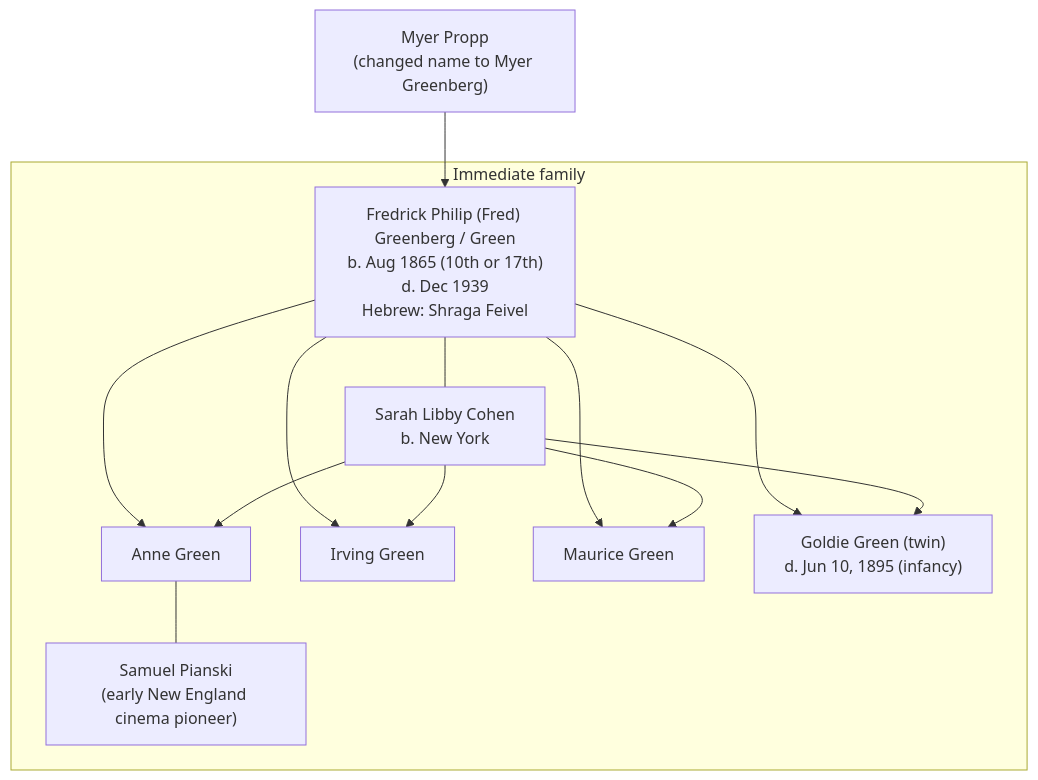
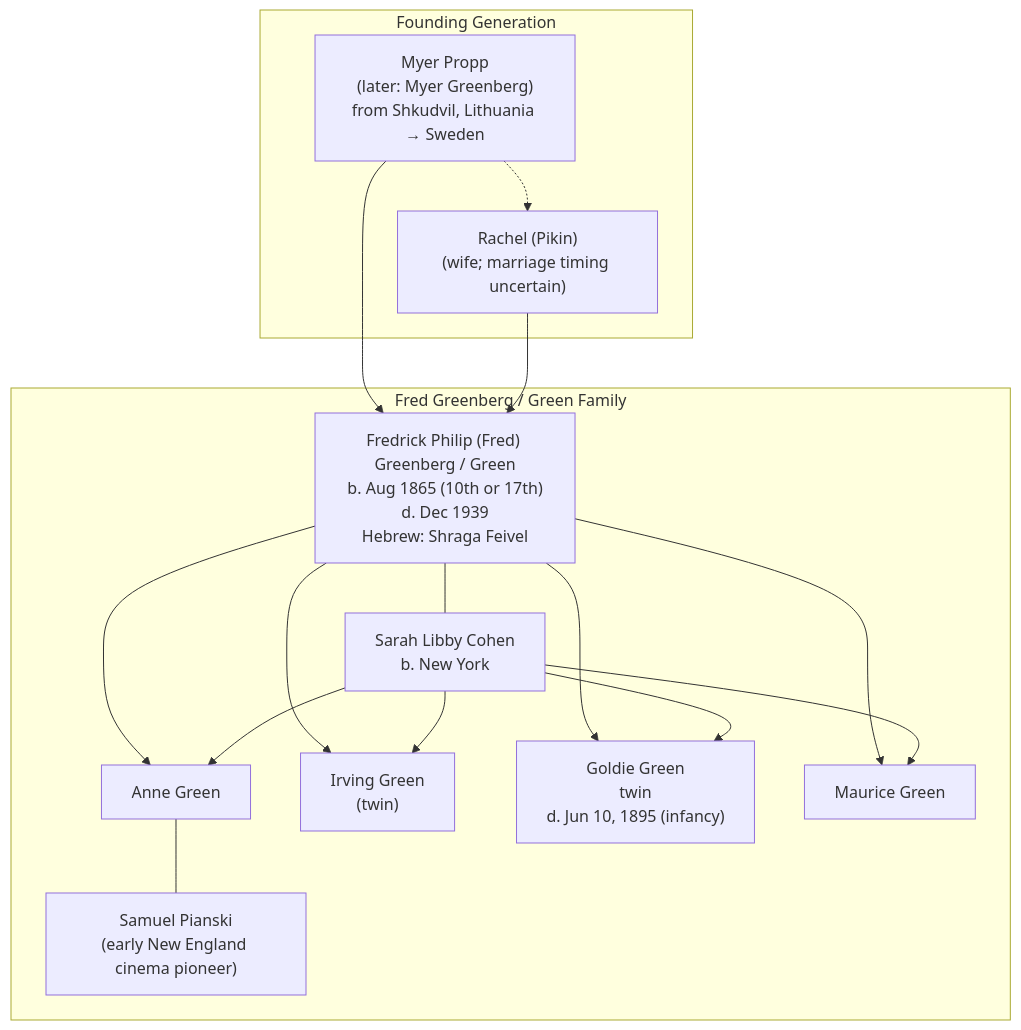
Before and after one commit to DewofyourYouth/dew-blog: the diagram in content/posts/fred-green/index.md, drawn with Mermaid.

```diff
--- a/content/posts/fred-green/index.md
+++ b/content/posts/fred-green/index.md
@@ -73,43 +73,55 @@
 {{<mermaid>}}
 flowchart TB
-  %% Fredrick Philip "Fred" Greenberg / Green family tree (core)
+  %% Fredrick Philip "Fred" Greenberg / Green family tree (with parents)
 
-  Myer["Myer Propp<br/>(changed name to Myer Greenberg)"]
+  Myer["Myer Propp<br/>(later: Myer Greenberg)<br/>from Shkudvil, Lithuania → Sweden"]
+  Rachel["Rachel (Pikin)<br/>(wife; marriage timing uncertain)"]
 
   Fred["Fredrick Philip (Fred) Greenberg / Green<br/>b. Aug 1865 (10th or 17th)<br/>d. Dec 1939<br/>Hebrew: Shraga Feivel"]
   Sarah["Sarah Libby Cohen<br/>b. New York"]
 
   Anne["Anne Green"]
   SamP["Samuel Pianski<br/>(early New England cinema pioneer)"]
 
-  Irving["Irving Green"]
+  Irving["Irving Green<br/>(twin)"]
+  Goldie["Goldie Green<br/>twin<br/>d. Jun 10, 1895 (infancy)"]
   Maurice["Maurice Green"]
-  Goldie["Goldie Green (twin)<br/>d. Jun 10, 1895 (infancy)"]
 
+  %% Parent relationships
+  Myer -.-> Rachel
   Myer --> Fred
+  Rachel --> Fred
+
+  %% Fred's family
   Fred --- Sarah
 
   Fred --> Anne
   Fred --> Irving
   Fred --> Maurice
   Fred --> Goldie
 
   Sarah --> Anne
   Sarah --> Irving
   Sarah --> Maurice
   Sarah --> Goldie
 
+  %% Marriage
   Anne --- SamP
 
   %% Visual grouping
-  subgraph "Immediate family"
+  subgraph "Founding Generation"
+    Myer
+    Rachel
+  end
+
+  subgraph "Fred Greenberg / Green Family"
     Fred
     Sarah
     Anne
     SamP
     Irving
     Maurice
     Goldie
   end
 
 {{</mermaid>}}
```
